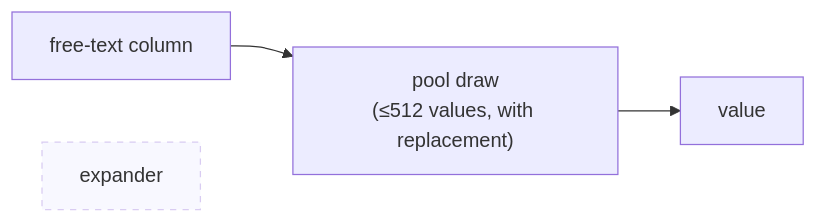
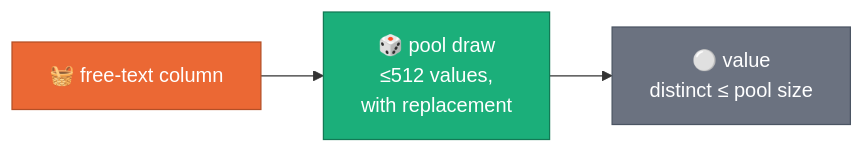
Before and after one commit to albertols/synthetic-llm-dataflow-bigquery: the second of 5 diagrams in docs/designs/2026-08-05-freetext-expansion-modes.md, drawn with Mermaid. The commit also changed other lines of this file and 1 other file, not shown here.

First line of the commit message:
docs(designs): iconified, class-styled expansion diagrams + CPU/GPU split per mode

````diff
--- a/docs/designs/2026-08-05-freetext-expansion-modes.md
+++ b/docs/designs/2026-08-05-freetext-expansion-modes.md
@@ -41,7 +55,9 @@
 ```mermaid
 flowchart LR
-  Q[free-text column] --> P["pool draw<br/>(≤512 values, with replacement)"]
-  P --> V[value]
-  E["expander"] ~~~ P
-  style E stroke-dasharray: 5 5,opacity:0.35
+  Q["🧺 free-text column"]:::beam --> P["🎲 pool draw<br/>≤512 values,<br/>with replacement"]:::cpu
+  P --> V["⚪ value<br/>distinct ≤ pool size"]:::data
+
+  classDef beam fill:#eb6834,color:#fff,stroke:#b44f26
+  classDef cpu fill:#1baf7a,color:#fff,stroke:#127a55
+  classDef data fill:#6b7280,color:#fff,stroke:#4b5563
 ```
````
